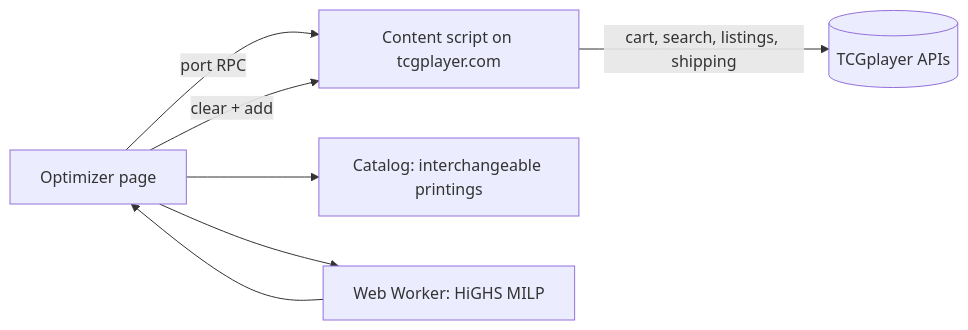
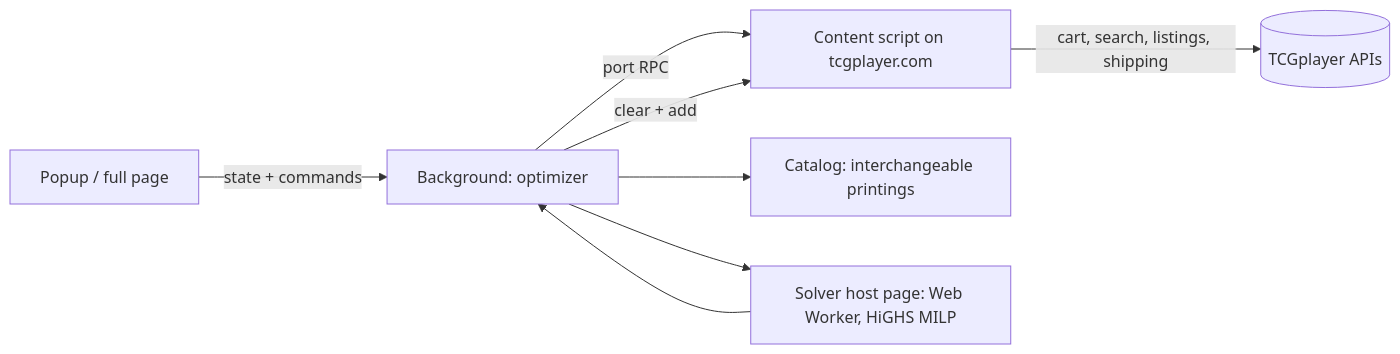
One commit to adhi-thirumala/tcgplayer-cart-optimizer changed the diagram in README.md. Above: the diagram before and after it, drawn with Mermaid. The commit also changed other lines of this file and 45 other files, not shown here.

````diff
--- a/README.md
+++ b/README.md
@@ -22,9 +22,10 @@
 ```mermaid
 flowchart LR
-  P[Optimizer page] -- port RPC --> C[Content script on tcgplayer.com]
+  U[Popup / full page] -- state + commands --> B[Background: optimizer]
+  B -- port RPC --> C[Content script on tcgplayer.com]
   C -- cart, search, listings, shipping --> T[(TCGplayer APIs)]
-  P --> K[Catalog: interchangeable printings]
-  P --> W[Web Worker: HiGHS MILP]
-  W --> P
-  P -- clear + add --> C
+  B --> K[Catalog: interchangeable printings]
+  B --> H[Solver host page: Web Worker, HiGHS MILP]
+  H --> B
+  B -- clear + add --> C
 ```
````
